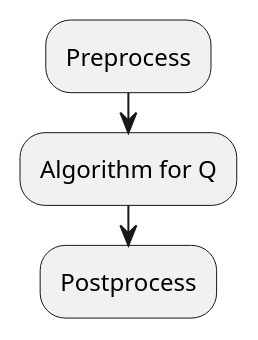
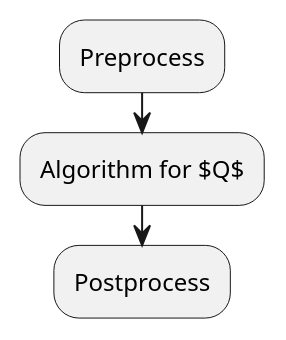
One commit to ashwinreddy/wiki changed the diagram in Computer-Science/Computational-Complexity-Theory/Reduction.md. Above: the diagram before and after it, drawn with PlantUML.

Commit message:
Updated Reduction.md (markdown)

```diff
--- a/Computer-Science/Computational-Complexity-Theory/Reduction.md
+++ b/Computer-Science/Computational-Complexity-Theory/Reduction.md
@@ -3,5 +3,5 @@
 @startuml
 :Preprocess;
-:Algorithm for Q;
+:Algorithm for $Q$;
 :Postprocess;
 @enduml
```
